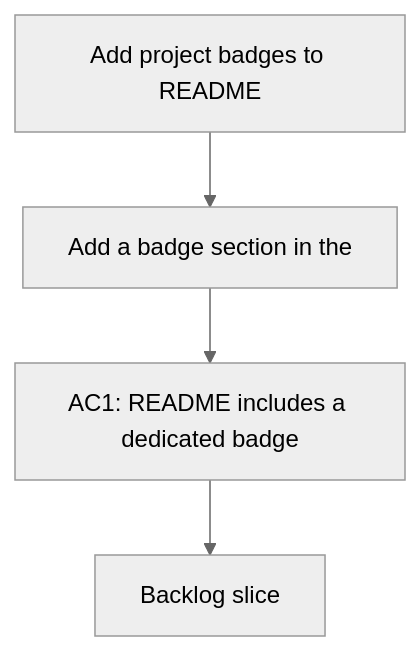
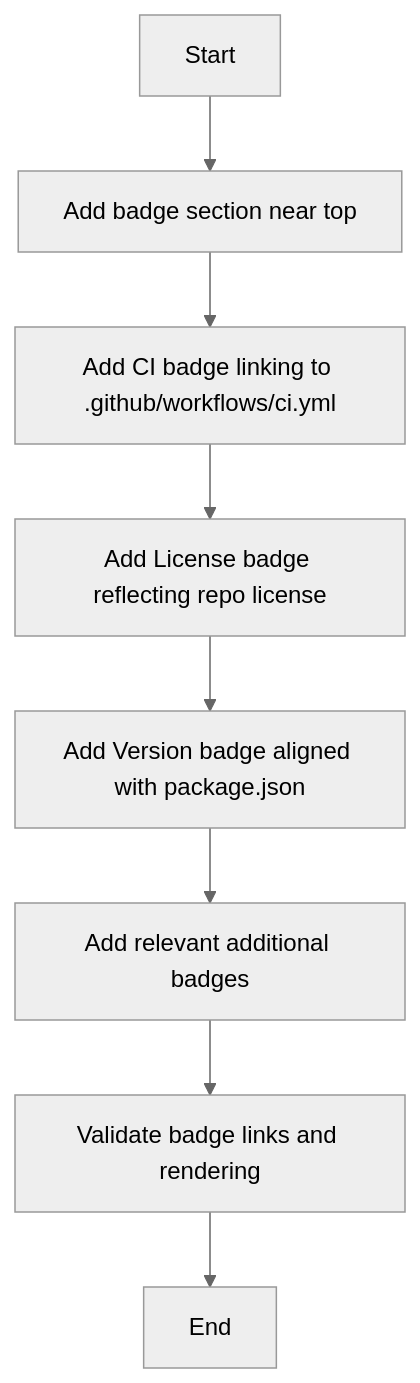
One commit to AlexAgo83/logics-manager changed the diagram in logics/request/req_015_add_project_badges_to_readme.md. Above: the diagram before and after it, drawn with Mermaid (neutral theme). The commit also changed other lines of this file and 54 other files, not shown here.

````diff
--- a/logics/request/req_015_add_project_badges_to_readme.md
+++ b/logics/request/req_015_add_project_badges_to_readme.md
@@ -10,8 +10,12 @@
 ```mermaid
 %% logics-kind: request
 %% logics-signature: request|add-project-badges-to-readme|add-a-badge-section-in-the|ac1-readme-includes-a-dedicated-badge
 flowchart TD
-    Trigger[Add project badges to README] --> Need[Add a badge section in the]
-    Need --> Outcome[AC1: README includes a dedicated badge]
-    Outcome --> Backlog[Backlog slice]
+  A[Start] --> B[Add badge section near top]
+  B --> C[Add CI badge linking to .github/workflows/ci.yml]
+  C --> D[Add License badge reflecting repo license]
+  D --> E[Add Version badge aligned with package.json]
+  E --> F[Add relevant additional badges]
+  F --> G[Validate badge links and rendering]
+  G --> H[End]
 ```
````
